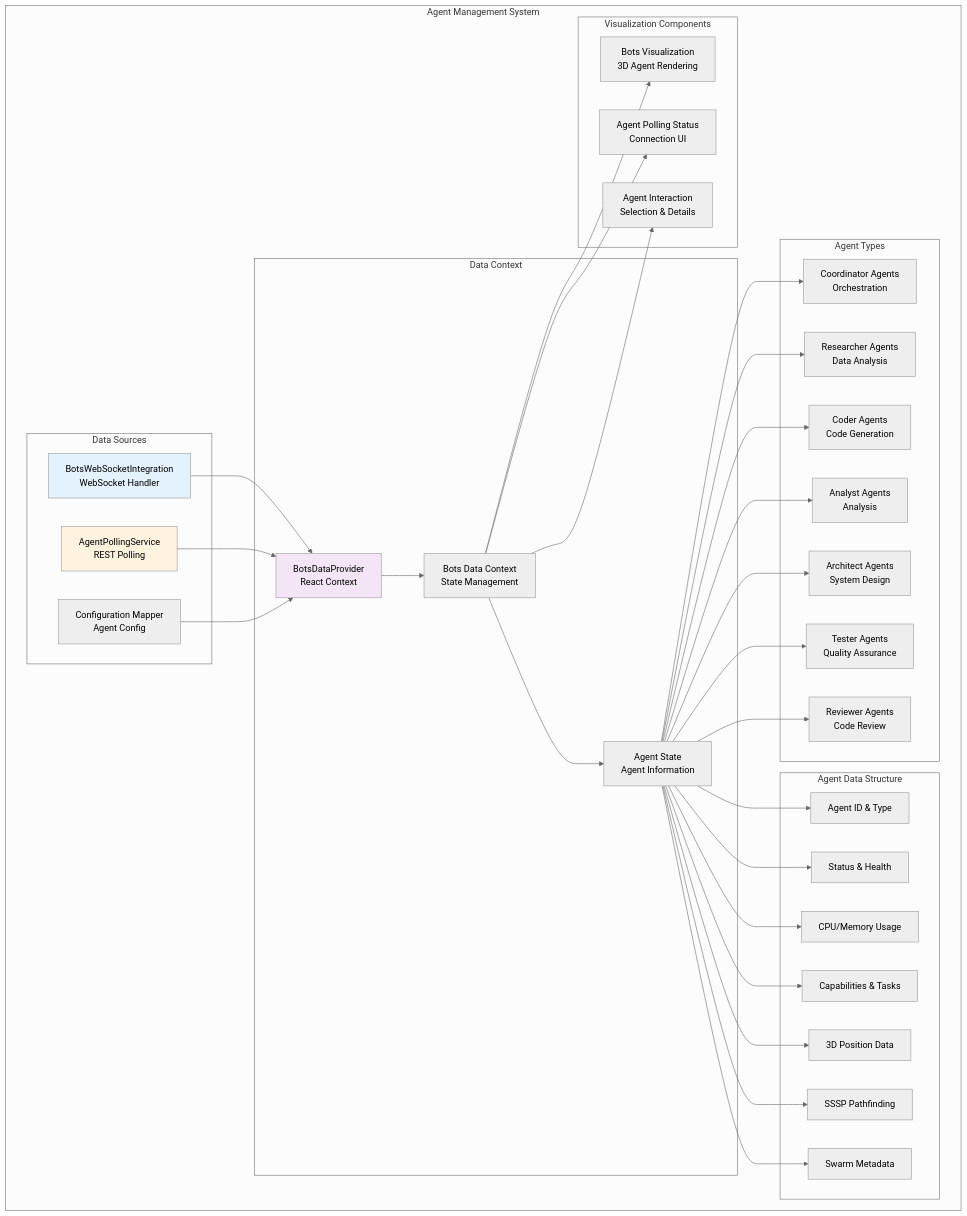
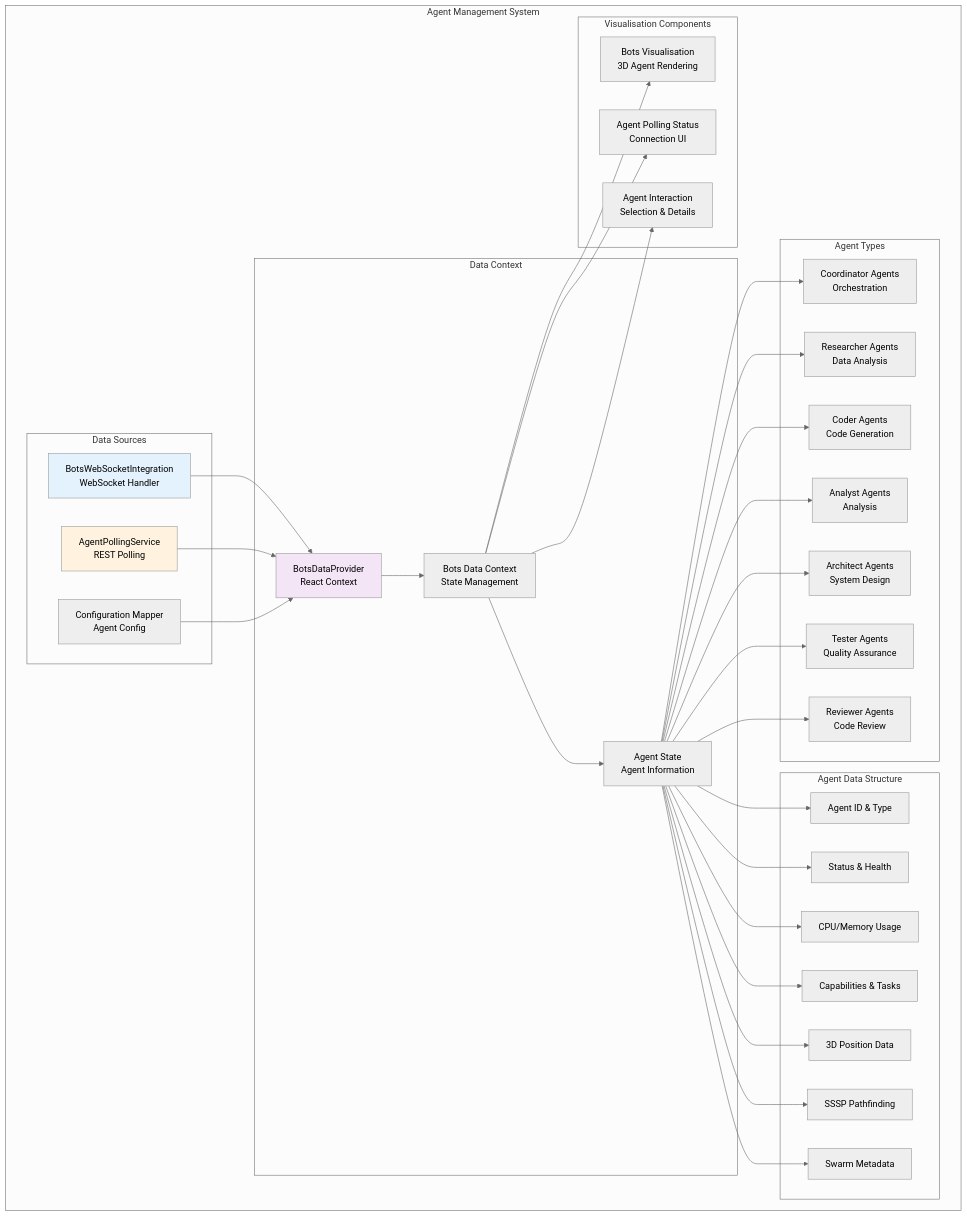
The fifth of 14 diagrams in docs/client-architecture-current.md (DreamLab-AI/VisionFlow), drawn with Mermaid (neutral theme) before and after one commit. The commit also changed other lines of this file, not shown here.

Commit message:
fully update client diagrams

````diff
--- a/docs/client-architecture-current.md
+++ b/docs/client-architecture-current.md
@@ -407,73 +410,73 @@
 ```mermaid
 graph TB
     subgraph "Agent Management System"
         subgraph "Data Sources"
             BotsWebSocketIntegration["BotsWebSocketIntegration<br/>WebSocket Handler"]
             AgentPollingService["AgentPollingService<br/>REST Polling"]
             ConfigurationMapper["Configuration Mapper<br/>Agent Config"]
         end
 
         subgraph "Data Context"
             BotsDataProvider["BotsDataProvider<br/>React Context"]
             BotsDataContext["Bots Data Context<br/>State Management"]
             AgentState["Agent State<br/>Agent Information"]
         end
 
         subgraph "Agent Types"
             CoordinatorAgents["Coordinator Agents<br/>Orchestration"]
             ResearcherAgents["Researcher Agents<br/>Data Analysis"]
             CoderAgents["Coder Agents<br/>Code Generation"]
             AnalystAgents["Analyst Agents<br/>Analysis"]
             ArchitectAgents["Architect Agents<br/>System Design"]
             TesterAgents["Tester Agents<br/>Quality Assurance"]
             ReviewerAgents["Reviewer Agents<br/>Code Review"]
         end
 
         subgraph "Agent Data Structure"
             AgentID["Agent ID & Type"]
             AgentStatus["Status & Health"]
             AgentMetrics["CPU/Memory Usage"]
             AgentCapabilities["Capabilities & Tasks"]
             AgentPosition["3D Position Data"]
             SSSPData["SSSP Pathfinding"]
             SwarmMetadata["Swarm Metadata"]
         end
 
-        subgraph "Visualization Components"
-            BotsVisualization["Bots Visualization<br/>3D Agent Rendering"]
+        subgraph "Visualisation Components"
+            BotsVisualisation["Bots Visualisation<br/>3D Agent Rendering"]
             AgentPollingStatus["Agent Polling Status<br/>Connection UI"]
             AgentInteraction["Agent Interaction<br/>Selection & Details"]
         end
 
         BotsWebSocketIntegration --> BotsDataProvider
         AgentPollingService --> BotsDataProvider
         ConfigurationMapper --> BotsDataProvider
 
         BotsDataProvider --> BotsDataContext
         BotsDataContext --> AgentState
 
         AgentState --> CoordinatorAgents
         AgentState --> ResearcherAgents
         AgentState --> CoderAgents
         AgentState --> AnalystAgents
         AgentState --> ArchitectAgents
         AgentState --> TesterAgents
         AgentState --> ReviewerAgents
 
         AgentState --> AgentID
         AgentState --> AgentStatus
         AgentState --> AgentMetrics
         AgentState --> AgentCapabilities
         AgentState --> AgentPosition
         AgentState --> SSSPData
         AgentState --> SwarmMetadata
 
-        BotsDataContext --> BotsVisualization
+        BotsDataContext --> BotsVisualisation
         BotsDataContext --> AgentPollingStatus
         BotsDataContext --> AgentInteraction
 
         style BotsDataProvider fill:#f3e5f5
         style BotsWebSocketIntegration fill:#e3f2fd
         style AgentPollingService fill:#fff3e0
     end
 ```
````
